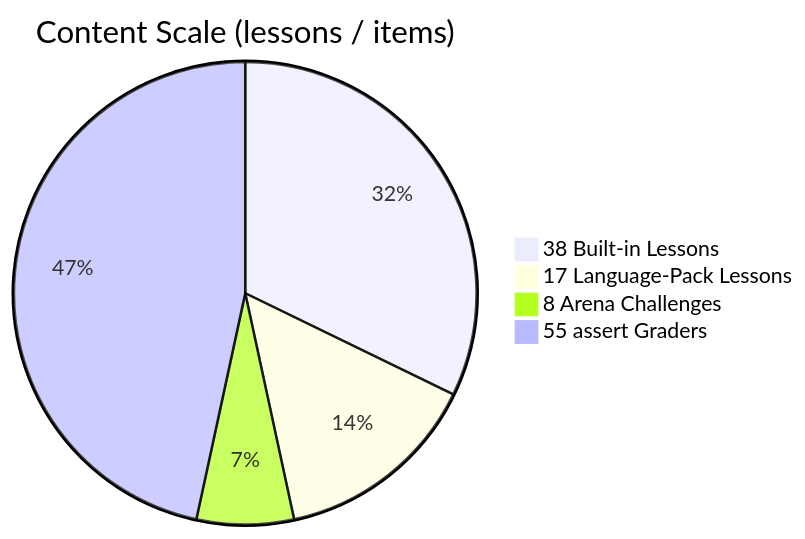
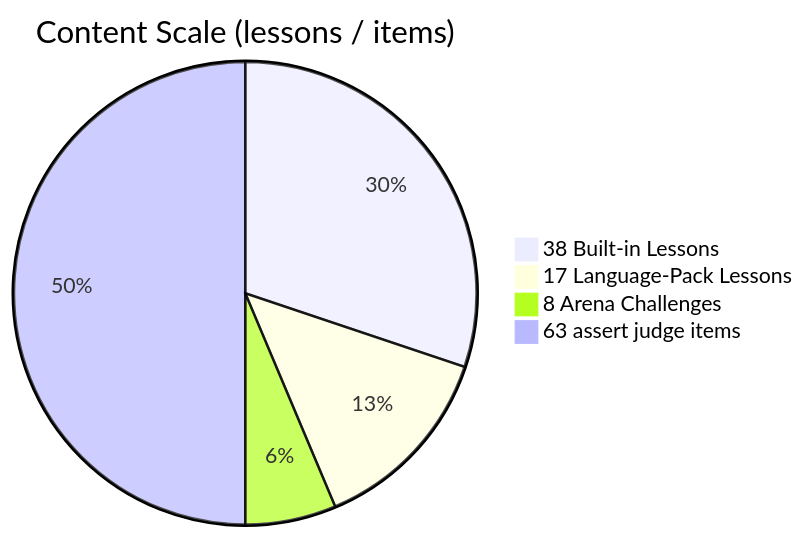
The third of 4 diagrams in README.md (Morningstar202604/mashang), drawn with Mermaid before and after one commit. The commit also changed other lines of this file and 152 other files, not shown here.

````diff
--- a/README.md
+++ b/README.md
@@ -92,7 +92,7 @@
 ```mermaid
 pie title Content Scale (lessons / items)
     "38 Built-in Lessons" : 38
     "17 Language-Pack Lessons" : 17
     "8 Arena Challenges" : 8
-    "55 assert Graders" : 55
+    "63 assert judge items" : 63
 ```
````
